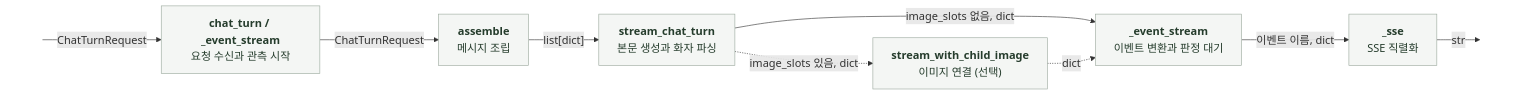
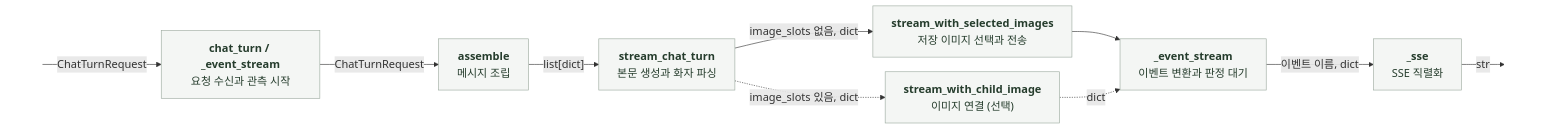
One commit to KIM-N-KANG/knk-harness changed the first of 11 diagrams in docs/AI/CHAT/6-2-SOFTWARE-IMPLEMENTATION.md. Above: the diagram before and after it, drawn with Mermaid. The commit also changed other lines of this file and 13 other files, not shown here.

````diff
--- a/docs/AI/CHAT/6-2-SOFTWARE-IMPLEMENTATION.md
+++ b/docs/AI/CHAT/6-2-SOFTWARE-IMPLEMENTATION.md
@@ -34,16 +37,17 @@
 ```mermaid
 %%{init: {"themeVariables": {"fontSize": "18px"}, "flowchart": {"curve": "basis", "htmlLabels": true, "nodeSpacing": 24, "rankSpacing": 48}}}%%
 flowchart LR
     I[" "] -->|ChatTurnRequest| A["<b>chat_turn / _event_stream</b><br/>요청 수신과 관측 시작"]
     A -->|ChatTurnRequest| B["<b>assemble</b><br/>메시지 조립"]
     B -->|"list[dict]"| C["<b>stream_chat_turn</b><br/>본문 생성과 화자 파싱"]
     C -.->|"image_slots 있음, dict"| D["<b>stream_with_child_image</b><br/>이미지 연결 (선택)"]
-    C -->|"image_slots 없음, dict"| E["<b>_event_stream</b><br/>이벤트 변환과 판정 대기"]
+    C -->|"image_slots 없음, dict"| S["<b>stream_with_selected_images</b><br/>저장 이미지 선택과 전송"]
+    S --> E["<b>_event_stream</b><br/>이벤트 변환과 판정 대기"]
     D -.->|dict| E
     E -->|"이벤트 이름, dict"| F["<b>_sse</b><br/>SSE 직렬화"]
     F -->|str| O[" "]
     classDef code fill:#F4F6F4,stroke:#9BA99E,color:#253C2C
-    class A,B,C,D,E,F code
+    class A,B,C,D,E,F,S code
     style I fill:none,stroke:none
     style O fill:none,stroke:none
 ```
````
